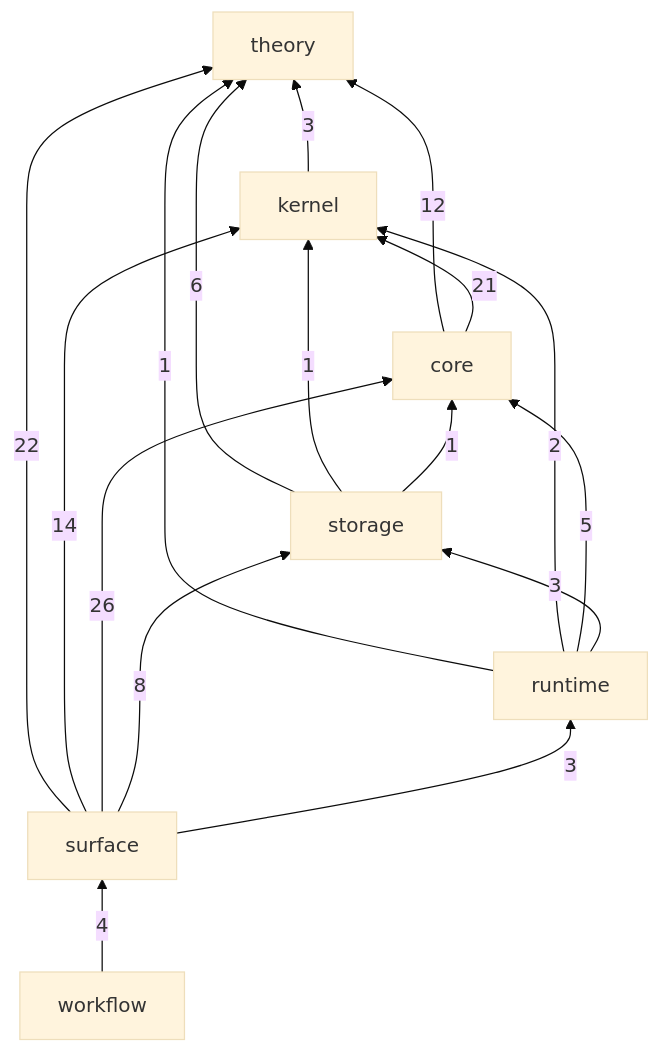
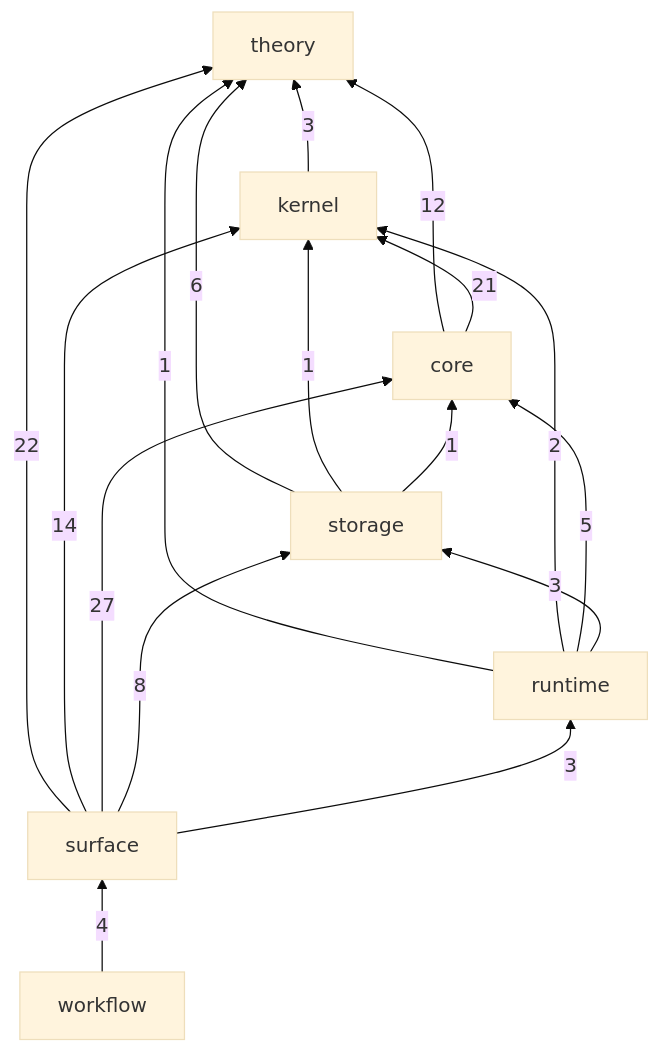
The diagram in ledger/README.md (gandr-lang/gandr), drawn with Mermaid (base theme) before and after one commit. The commit also changed 28 other files, not shown here.

````diff
--- a/ledger/README.md
+++ b/ledger/README.md
@@ -28,26 +28,26 @@
 ```mermaid
 flowchart BT
   theory
   kernel
   core
   storage
   runtime
   surface
   workflow
   kernel -->|3| theory
   core -->|12| theory
   core -->|21| kernel
   storage -->|6| theory
   storage -->|1| kernel
   storage -->|1| core
   runtime -->|1| theory
   runtime -->|2| kernel
   runtime -->|5| core
   runtime -->|3| storage
   surface -->|22| theory
   surface -->|14| kernel
-  surface -->|26| core
+  surface -->|27| core
   surface -->|8| storage
   surface -->|3| runtime
   workflow -->|4| surface
 ```
````
